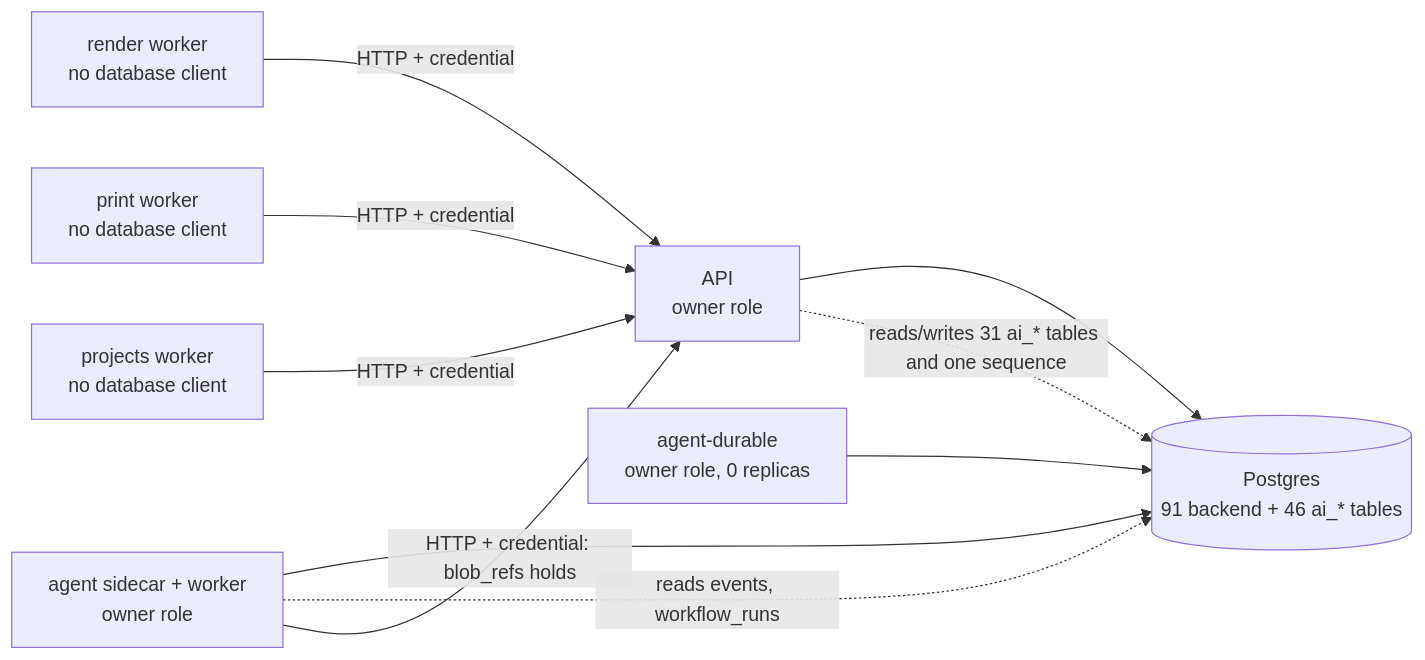
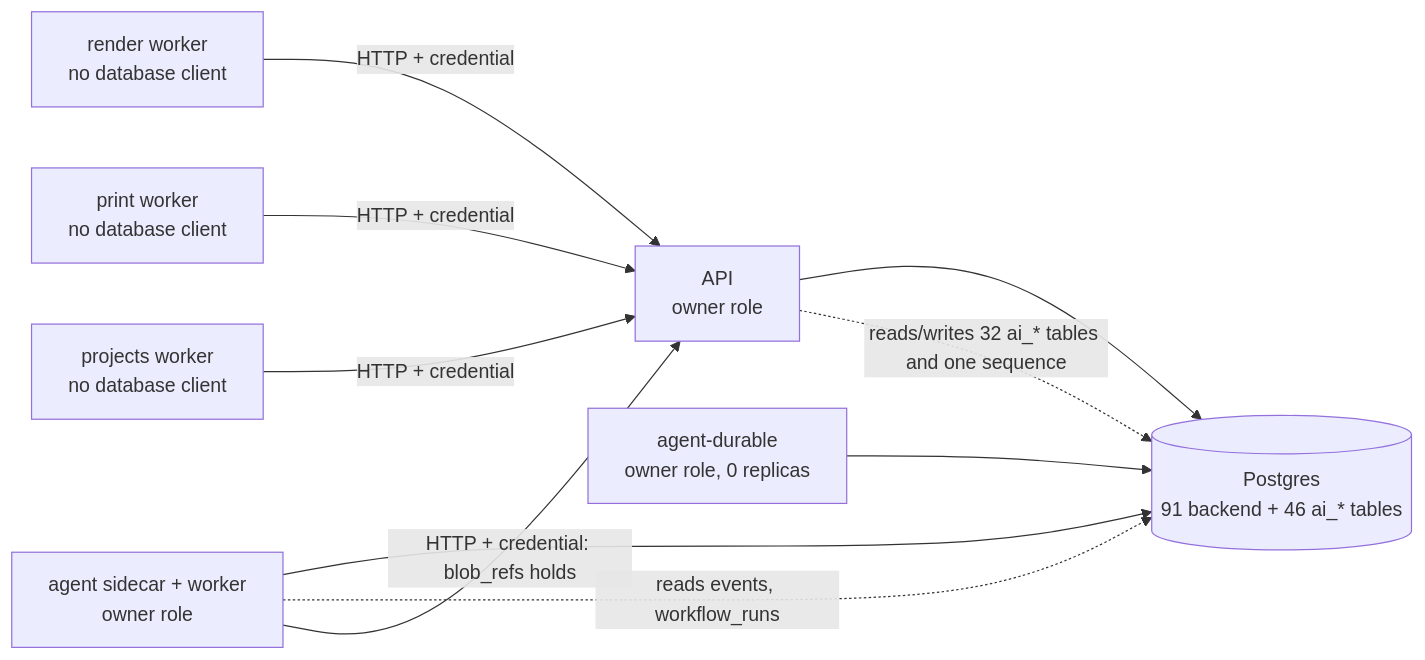
One commit to eh-homelab/ScadBuddy changed the first of 2 diagrams in docs/security/trust-boundaries.md. Above: the diagram before and after it, drawn with Mermaid. The commit also changed other lines of this file and 22 other files, not shown here.

````diff
--- a/docs/security/trust-boundaries.md
+++ b/docs/security/trust-boundaries.md
@@ -161,12 +161,12 @@
 ```mermaid
 flowchart LR
   API[API<br/>owner role] --> DB[(Postgres<br/>91 backend + 46 ai_* tables)]
   R[render worker<br/>no database client] -- HTTP + credential --> API
   P[print worker<br/>no database client] -- HTTP + credential --> API
   J[projects worker<br/>no database client] -- HTTP + credential --> API
   A[agent sidecar + worker<br/>owner role] --> DB
   D[agent-durable<br/>owner role, 0 replicas] --> DB
-  API -.reads/writes 31 ai_* tables and one sequence.-> DB
+  API -.reads/writes 32 ai_* tables and one sequence.-> DB
   A -.reads events, workflow_runs.-> DB
   A -- HTTP + credential: blob_refs holds --> API
 ```
````
